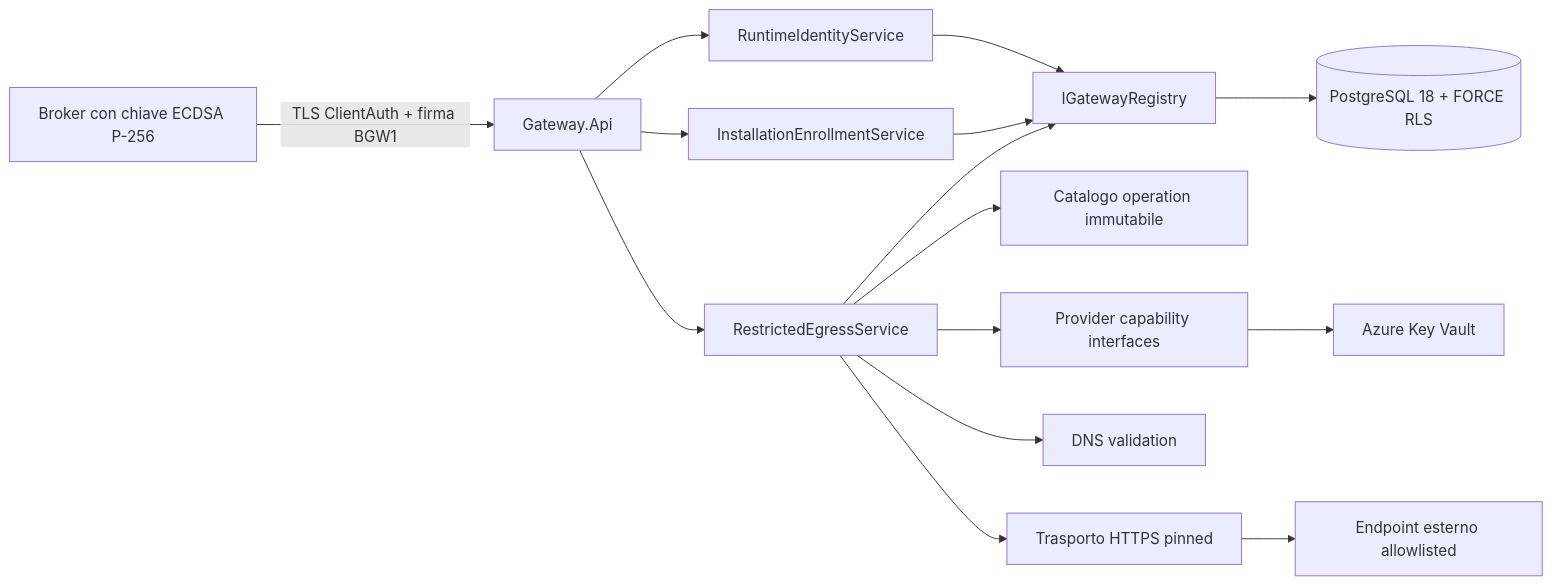
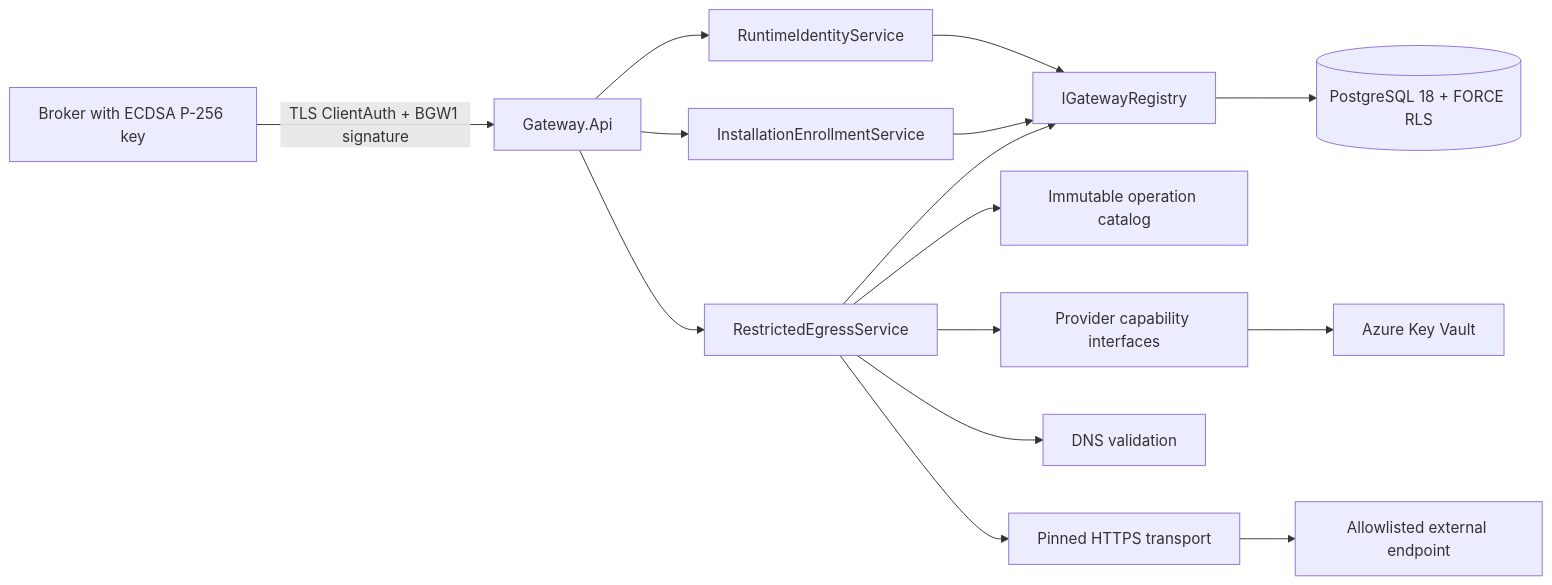
The first of 3 diagrams in docs/architecture/m2-gateway-architecture.md (marcobiz/secure-integration-platform), drawn with Mermaid before and after one commit. The commit also changed other lines of this file and 102 other files, not shown here.

````diff
--- a/docs/architecture/m2-gateway-architecture.md
+++ b/docs/architecture/m2-gateway-architecture.md
@@ -13,17 +13,17 @@
 ```mermaid
 flowchart LR
-  B[Broker con chiave ECDSA P-256] -->|TLS ClientAuth + firma BGW1| API[Gateway.Api]
+  B[Broker with ECDSA P-256 key] -->|TLS ClientAuth + BGW1 signature| API[Gateway.Api]
   API --> ID[RuntimeIdentityService]
   API --> ENR[InstallationEnrollmentService]
   API --> EGR[RestrictedEgressService]
   ID --> REG[IGatewayRegistry]
   ENR --> REG
   EGR --> REG
-  EGR --> CAT[Catalogo operation immutabile]
+  EGR --> CAT[Immutable operation catalog]
   EGR --> VAULT[Provider capability interfaces]
   EGR --> DNS[DNS validation]
-  EGR --> HTTP[Trasporto HTTPS pinned]
+  EGR --> HTTP[Pinned HTTPS transport]
   REG --> PG[(PostgreSQL 18 + FORCE RLS)]
   VAULT --> AKV[Azure Key Vault]
-  HTTP --> EXT[Endpoint esterno allowlisted]
+  HTTP --> EXT[Allowlisted external endpoint]
 ```
````
